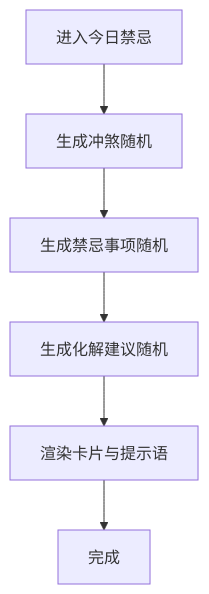
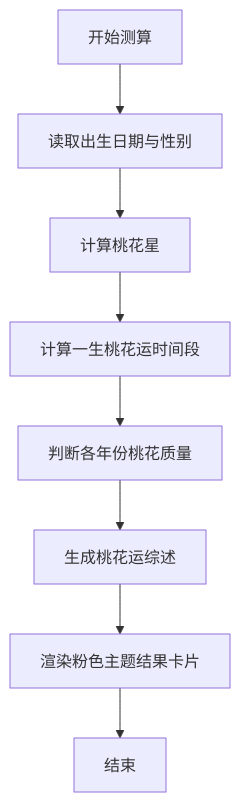
Before and after one commit to liudaba/Mysterious-Fate-Theory-One-Test-Knows: the eighth of 9 diagrams in .qoder/repowiki/zh/content/网页应用主文件.md, drawn with Mermaid. The commit also changed other lines of this file and 4 other files, not shown here.

````diff
--- a/.qoder/repowiki/zh/content/网页应用主文件.md
+++ b/.qoder/repowiki/zh/content/网页应用主文件.md
@@ -289,8 +295,10 @@
 ```mermaid
 flowchart TD
-S["进入今日禁忌"] --> CS["生成冲煞随机"]
-CS --> Taboos["生成禁忌事项随机"]
-Taboos --> Tips["生成化解建议随机"]
-Tips --> Render["渲染卡片与提示语"]
-Render --> E["完成"]
+Start["开始测算"] --> GetInputs["读取出生日期与性别"]
+GetInputs --> CalcPeachStar["计算桃花星"]
+CalcPeachStar --> CalcPeriods["计算一生桃花运时间段"]
+CalcPeriods --> CalcQuality["判断各年份桃花质量"]
+CalcQuality --> GenerateSummary["生成桃花运综述"]
+GenerateSummary --> Render["渲染粉色主题结果卡片"]
+Render --> End["结束"]
 ```
````
